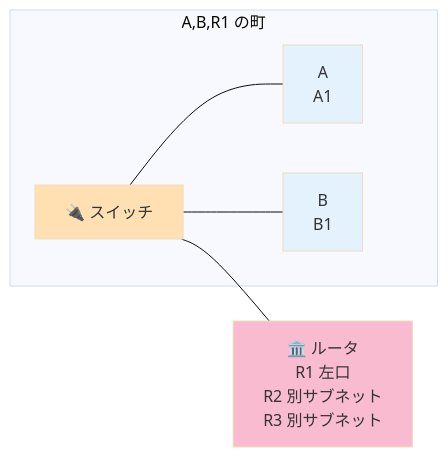
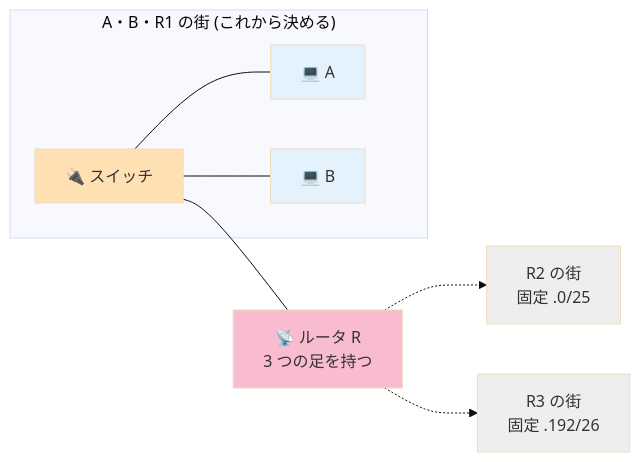
Before and after one commit to Tsunanko/netpractice-guide: the diagram in docs/02-levels/level4.md, drawn with Mermaid (base theme). The commit also changed other lines of this file and 14 other files, not shown here.

First line of the commit message:
Add visual progress diagrams and elementary explanations

````diff
--- a/docs/02-levels/level4.md
+++ b/docs/02-levels/level4.md
@@ -32,17 +30,23 @@
 ```mermaid
 flowchart LR
-    subgraph LAN [A,B,R1 の町]
+    subgraph LAN ["A・B・R1 の街 (これから決める)"]
       S[🔌 スイッチ]
-      A[A<br>A1]
-      B[B<br>B1]
+      A[💻 A]
+      B[💻 B]
       S --- A
       S --- B
     end
-    R[🏛️ ルータ<br>R1 左口<br>R2 別サブネット<br>R3 別サブネット]
+    R[📡 ルータ R<br>3 つの足を持つ]
+    R2[R2 の街<br>固定 .0/25]
+    R3[R3 の街<br>固定 .192/26]
     S --- R
+    R -.-> R2
+    R -.-> R3
 
     style S fill:#FFE0B2
     style A fill:#E3F2FD
     style B fill:#E3F2FD
     style R fill:#F8BBD0
+    style R2 fill:#EEEEEE
+    style R3 fill:#EEEEEE
 ```
````
